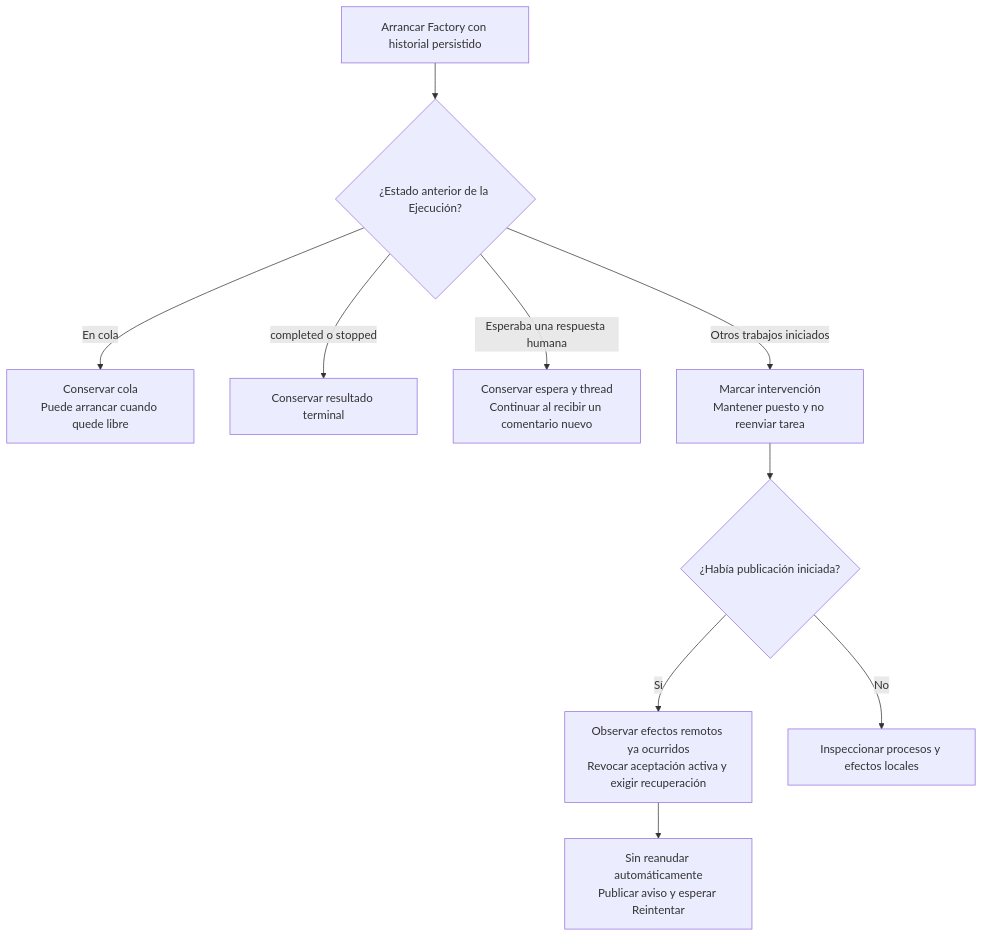
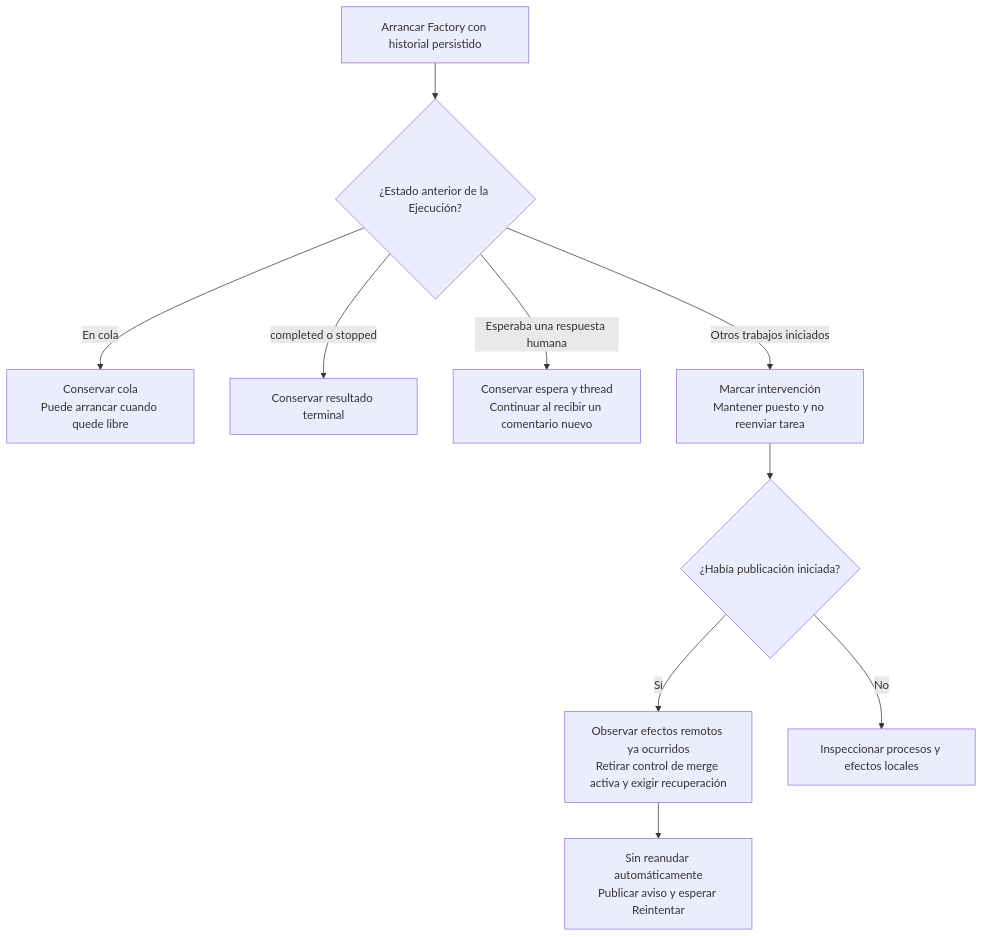
Before and after one commit to rubenbp/app-foundry: the second of 2 diagrams in docs/manual/05-variantes-e-intervencion.md, drawn with Mermaid. The commit also changed other lines of this file and 33 other files, not shown here.

````diff
--- a/docs/manual/05-variantes-e-intervencion.md
+++ b/docs/manual/05-variantes-e-intervencion.md
@@ -117,12 +116,12 @@
 ```mermaid
 flowchart TD
     R["Arrancar Factory con historial persistido"] --> S{"¿Estado anterior de la Ejecución?"}
     S -->|"En cola"| Q["Conservar cola<br/>Puede arrancar cuando quede libre"]
     S -->|"completed o stopped"| T["Conservar resultado terminal"]
     S -->|"Esperaba una respuesta humana"| W["Conservar espera y thread<br/>Continuar al recibir un comentario nuevo"]
     S -->|"Otros trabajos iniciados"| I["Marcar intervención<br/>Mantener puesto y no reenviar tarea"]
     I --> P{"¿Había publicación iniciada?"}
-    P -->|"Sí"| O["Observar efectos remotos ya ocurridos<br/>Revocar aceptación activa y exigir recuperación"]
+    P -->|"Sí"| O["Observar efectos remotos ya ocurridos<br/>Retirar control de merge activa y exigir recuperación"]
     P -->|"No"| C["Inspeccionar procesos y efectos locales"]
     O --> H["Sin reanudar automáticamente<br/>Publicar aviso y esperar Reintentar"]
 ```
````
